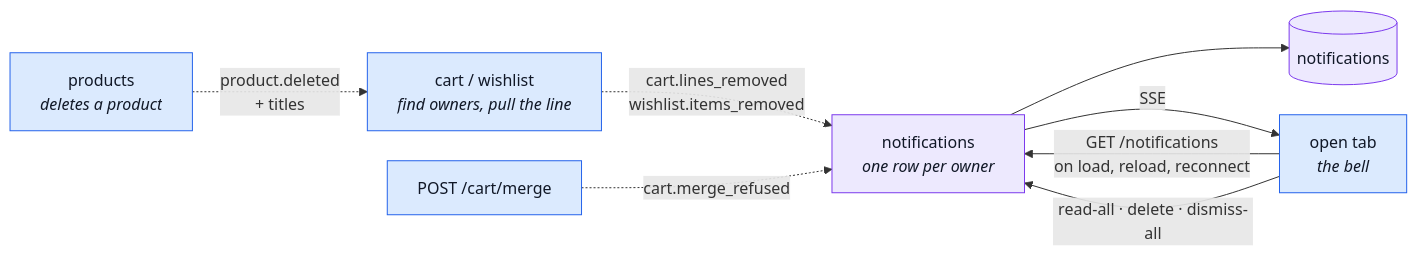
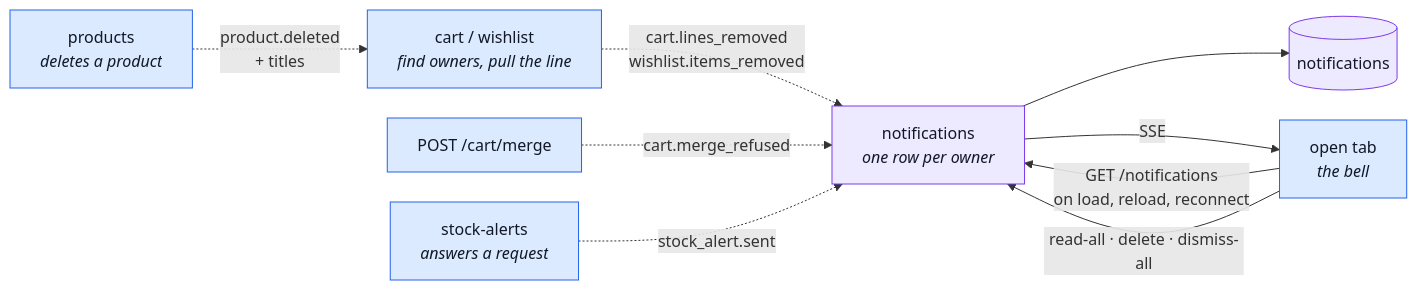
Before and after one commit to Guebbit/boilerplate-node-backend: the second of 2 diagrams in docs/modules/notifications.md, drawn with Mermaid. The commit also changed other lines of this file and 24 other files, not shown here.

````diff
--- a/docs/modules/notifications.md
+++ b/docs/modules/notifications.md
@@ -91,16 +95,17 @@
 ```mermaid
 %%{init: {'flowchart': {'nodeSpacing': 30, 'rankSpacing': 55}}}%%
 flowchart LR
     P["products<br/><i>deletes a product</i>"] -. "product.deleted<br/>+ titles" .-> C["cart / wishlist<br/><i>find owners, pull the line</i>"]
     C -. "cart.lines_removed<br/>wishlist.items_removed" .-> N["notifications<br/><i>one row per owner</i>"]
     M["POST /cart/merge"] -. "cart.merge_refused" .-> N
+    A["stock-alerts<br/><i>answers a request</i>"] -. "stock_alert.sent" .-> N
     N --> DB[("notifications")]
     N -->|"SSE"| T["open tab<br/><i>the bell</i>"]
     T -->|"GET /notifications<br/>on load, reload, reconnect"| N
     T -->|"read-all · delete · dismiss-all"| N
 
     classDef own fill:#ede9fe,stroke:#7c3aed,color:#111827;
     classDef peer fill:#dbeafe,stroke:#2563eb,color:#111827;
     class N,DB own;
-    class P,C,M,T peer;
+    class P,C,M,A,T peer;
 ```
````
